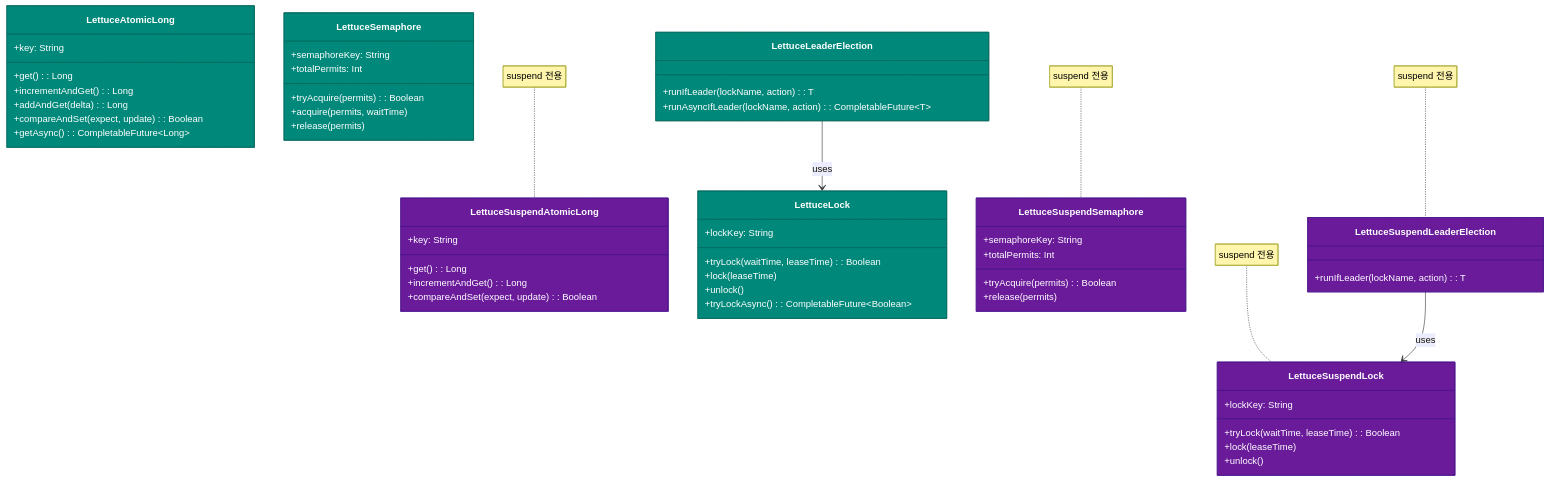
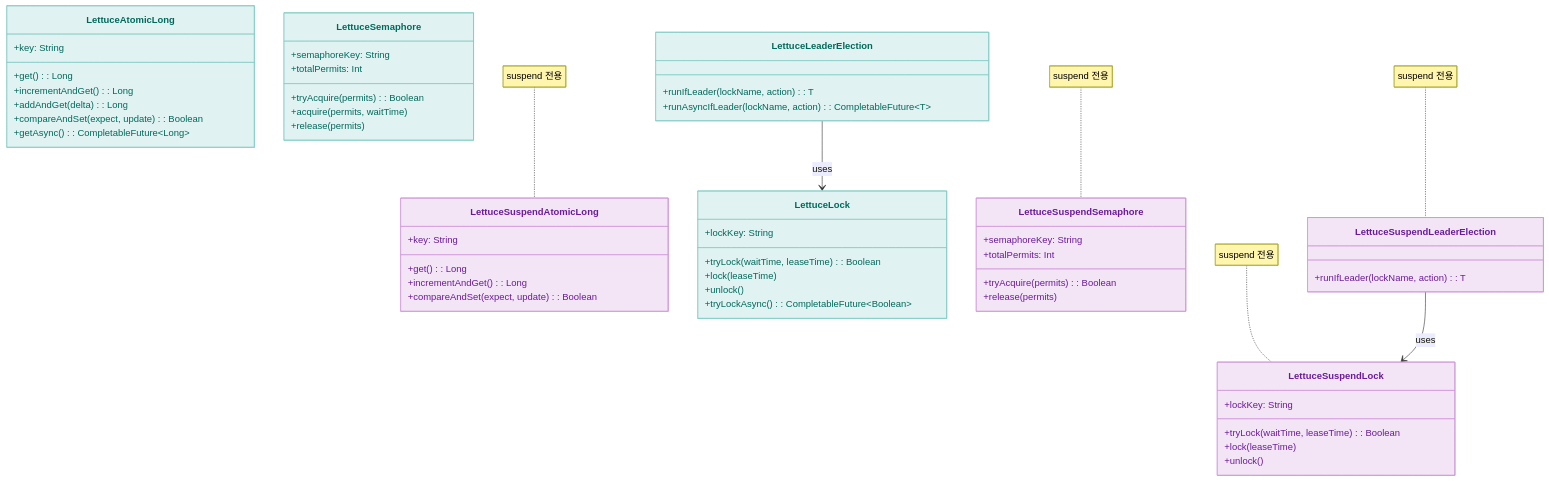
The first of 3 diagrams in infra/lettuce/README.ko.md (bluetape4k/bluetape4k-projects), drawn with Mermaid before and after one commit. The commit also changed other lines of this file and 219 other files, not shown here.

First line of the commit message:
docs: 전체 README Mermaid 다이어그램 가이드 적용

````diff
--- a/infra/lettuce/README.ko.md
+++ b/infra/lettuce/README.ko.md
@@ -322,70 +322,70 @@
 ```mermaid
 classDiagram
     class LettuceAtomicLong {
         +key: String
         +get(): Long
         +incrementAndGet(): Long
         +addAndGet(delta): Long
         +compareAndSet(expect, update): Boolean
         +getAsync(): CompletableFuture~Long~
     }
     class LettuceSuspendAtomicLong {
         +key: String
         +get(): Long
         +incrementAndGet(): Long
         +compareAndSet(expect, update): Boolean
     }
 
     class LettuceLock {
         +lockKey: String
         +tryLock(waitTime, leaseTime): Boolean
         +lock(leaseTime)
         +unlock()
         +tryLockAsync(): CompletableFuture~Boolean~
     }
     class LettuceSuspendLock {
         +lockKey: String
         +tryLock(waitTime, leaseTime): Boolean
         +lock(leaseTime)
         +unlock()
     }
 
     class LettuceSemaphore {
         +semaphoreKey: String
         +totalPermits: Int
         +tryAcquire(permits): Boolean
         +acquire(permits, waitTime)
         +release(permits)
     }
     class LettuceSuspendSemaphore {
         +semaphoreKey: String
         +totalPermits: Int
         +tryAcquire(permits): Boolean
         +release(permits)
     }
 
     class LettuceLeaderElection {
         +runIfLeader(lockName, action): T
         +runAsyncIfLeader(lockName, action): CompletableFuture~T~
     }
     class LettuceSuspendLeaderElection {
         +runIfLeader(lockName, action): T
     }
 
     LettuceLeaderElection --> LettuceLock: uses
     LettuceSuspendLeaderElection --> LettuceSuspendLock: uses
     note for LettuceSuspendAtomicLong "suspend 전용"
     note for LettuceSuspendLock "suspend 전용"
     note for LettuceSuspendSemaphore "suspend 전용"
     note for LettuceSuspendLeaderElection "suspend 전용"
 
-    style LettuceAtomicLong fill:#00897B,stroke:#00695C,color:#FFFFFF
-    style LettuceSuspendAtomicLong fill:#6A1B9A,stroke:#4A148C,color:#FFFFFF
-    style LettuceLock fill:#00897B,stroke:#00695C,color:#FFFFFF
-    style LettuceSuspendLock fill:#6A1B9A,stroke:#4A148C,color:#FFFFFF
-    style LettuceSemaphore fill:#00897B,stroke:#00695C,color:#FFFFFF
-    style LettuceSuspendSemaphore fill:#6A1B9A,stroke:#4A148C,color:#FFFFFF
-    style LettuceLeaderElection fill:#00897B,stroke:#00695C,color:#FFFFFF
-    style LettuceSuspendLeaderElection fill:#6A1B9A,stroke:#4A148C,color:#FFFFFF
+    style LettuceAtomicLong fill:#E0F2F1,stroke:#80CBC4,color:#00695C
+    style LettuceSuspendAtomicLong fill:#F3E5F5,stroke:#CE93D8,color:#6A1B9A
+    style LettuceLock fill:#E0F2F1,stroke:#80CBC4,color:#00695C
+    style LettuceSuspendLock fill:#F3E5F5,stroke:#CE93D8,color:#6A1B9A
+    style LettuceSemaphore fill:#E0F2F1,stroke:#80CBC4,color:#00695C
+    style LettuceSuspendSemaphore fill:#F3E5F5,stroke:#CE93D8,color:#6A1B9A
+    style LettuceLeaderElection fill:#E0F2F1,stroke:#80CBC4,color:#00695C
+    style LettuceSuspendLeaderElection fill:#F3E5F5,stroke:#CE93D8,color:#6A1B9A
 
 ```
````
